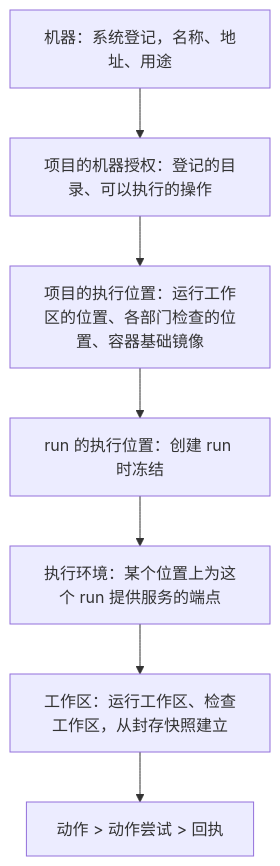
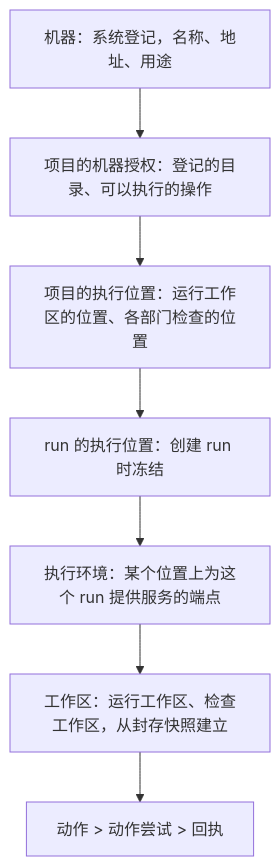
The first of 4 diagrams in docs/design/execution-environment.md (bender2333/yudao), drawn with Mermaid before and after one commit. The commit also changed other lines of this file and 29 other files, not shown here.

````diff
--- a/docs/design/execution-environment.md
+++ b/docs/design/execution-environment.md
@@ -29,11 +29,11 @@
 ```mermaid
 flowchart TB
   M["机器：系统登记，名称、地址、用途"]
   A["项目的机器授权：登记的目录、可以执行的操作"]
-  P["项目的执行位置：运行工作区的位置、各部门检查的位置、容器基础镜像"]
+  P["项目的执行位置：运行工作区的位置、各部门检查的位置"]
   R["run 的执行位置：创建 run 时冻结"]
   E["执行环境：某个位置上为这个 run 提供服务的端点"]
   W["工作区：运行工作区、检查工作区，从封存快照建立"]
   X["动作 > 动作尝试 > 回执"]
   M --> A --> P --> R --> E --> W --> X
 ```
````
